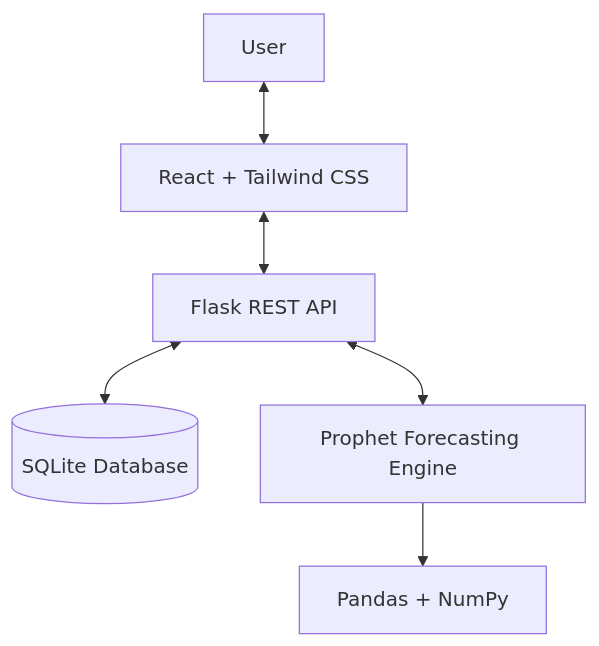
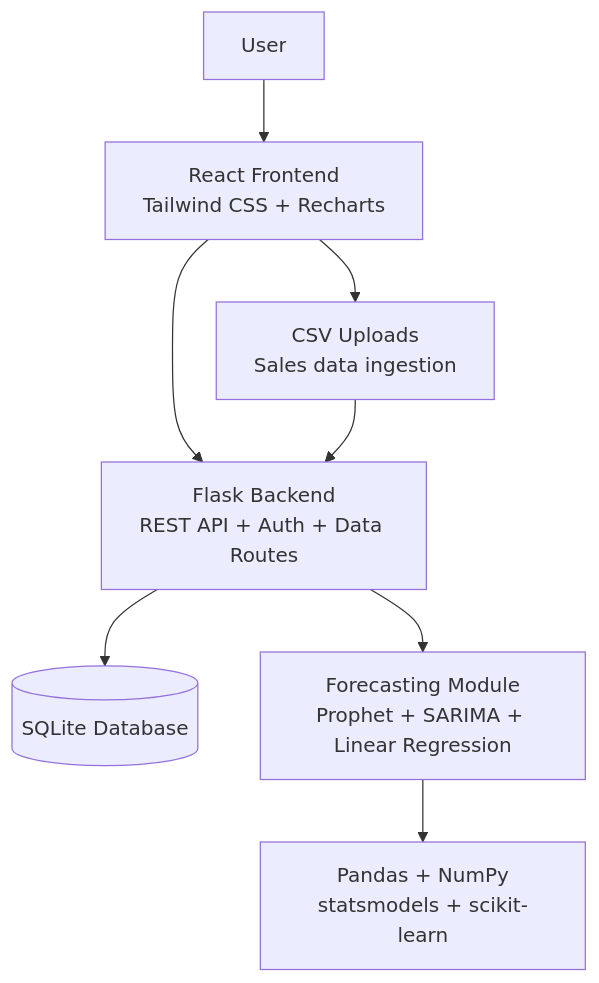
One commit to Aaron-Antal-Bento/pink-cafe-sales-prediction-platform changed the diagram in README.md. Above: the diagram before and after it, drawn with Mermaid. The commit also changed other lines of this file and 1 other file, not shown here.

Commit message:
added class diagram to demo and updated flow chart

````diff
--- a/README.md
+++ b/README.md
@@ -57,8 +57,10 @@
 ```mermaid
 flowchart TB
-    U[User] <--> FE[React + Tailwind CSS]
-    FE <--> API[Flask REST API]
-    API <--> DB[(SQLite Database)]
-    API <--> ML[Prophet Forecasting Engine]
-    ML --> DATA[Pandas + NumPy]
+    U[User] --> FE[React Frontend<br/>Tailwind CSS + Recharts]
+    FE --> UP[CSV Uploads<br/>Sales data ingestion]
+    FE --> API[Flask Backend<br/>REST API + Auth + Data Routes]
+    UP --> API
+    API --> DB[(SQLite Database)]
+    API --> FC[Forecasting Module<br/>Prophet + SARIMA + Linear Regression]
+    FC --> PKG[Pandas + NumPy<br/>statsmodels + scikit-learn]
 ```
````
